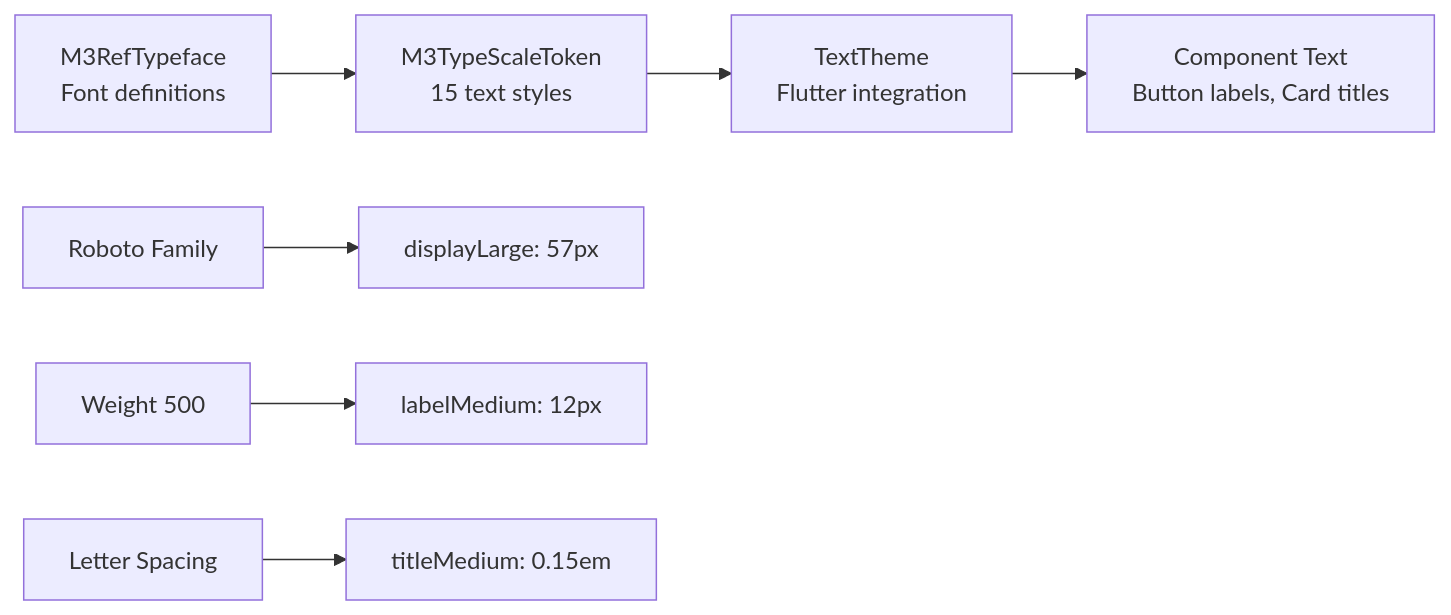
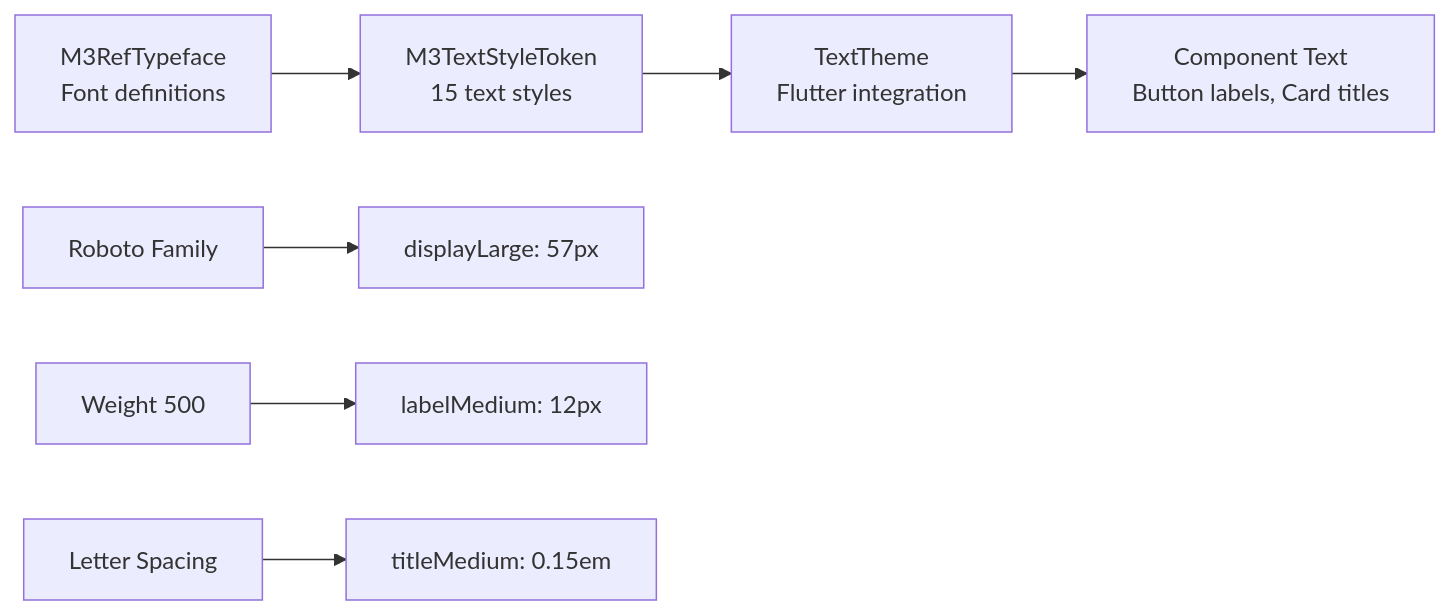
The third of 11 diagrams in documentation/material_design/en_US/maps/Component Map.md (fluttely/material_design), drawn with Mermaid before and after one commit. The commit also changed other lines of this file and 22 other files, not shown here.

````diff
--- a/documentation/material_design/en_US/maps/Component Map.md
+++ b/documentation/material_design/en_US/maps/Component Map.md
@@ -116,10 +116,10 @@
 ```mermaid
 graph LR
-    A[M3RefTypeface<br/>Font definitions] --> B[M3TypeScaleToken<br/>15 text styles]
+    A[M3RefTypeface<br/>Font definitions] --> B[M3TextStyleToken<br/>15 text styles]
     B --> C[TextTheme<br/>Flutter integration]
     C --> D[Component Text<br/>Button labels, Card titles]
 
     A1[Roboto Family] --> B1[displayLarge: 57px]
     A2[Weight 500] --> B2[labelMedium: 12px]
     A3[Letter Spacing] --> B3[titleMedium: 0.15em]
 ```
````
